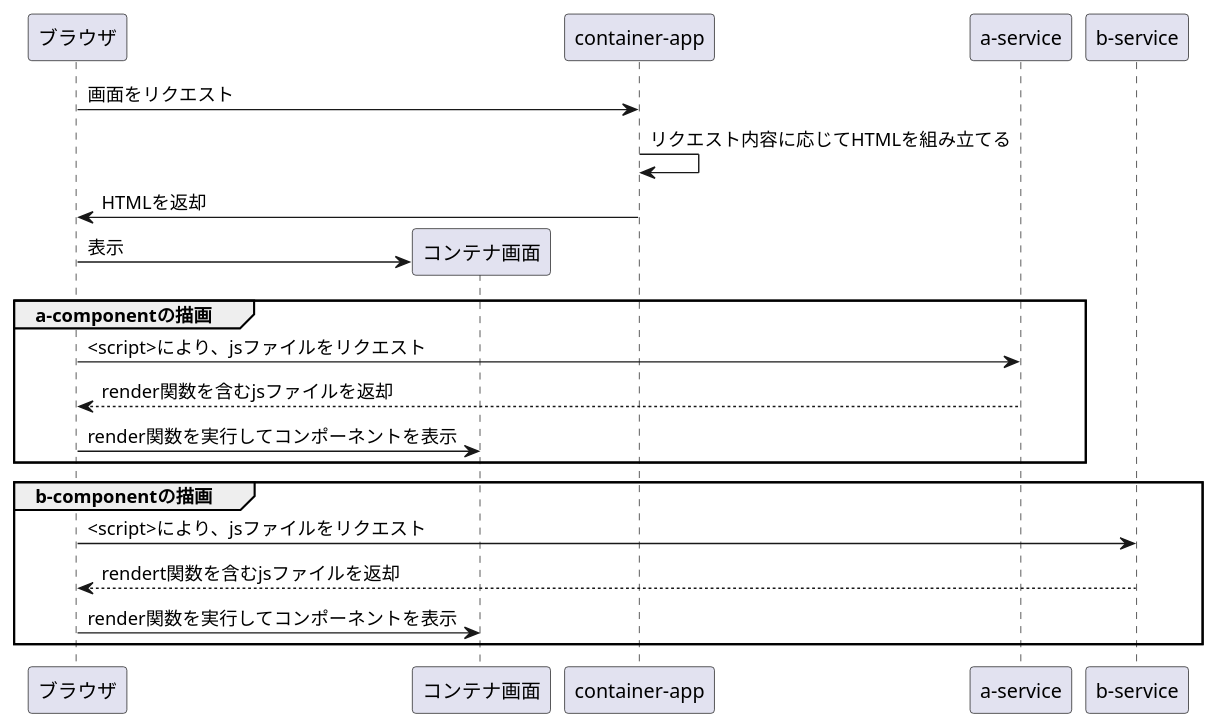
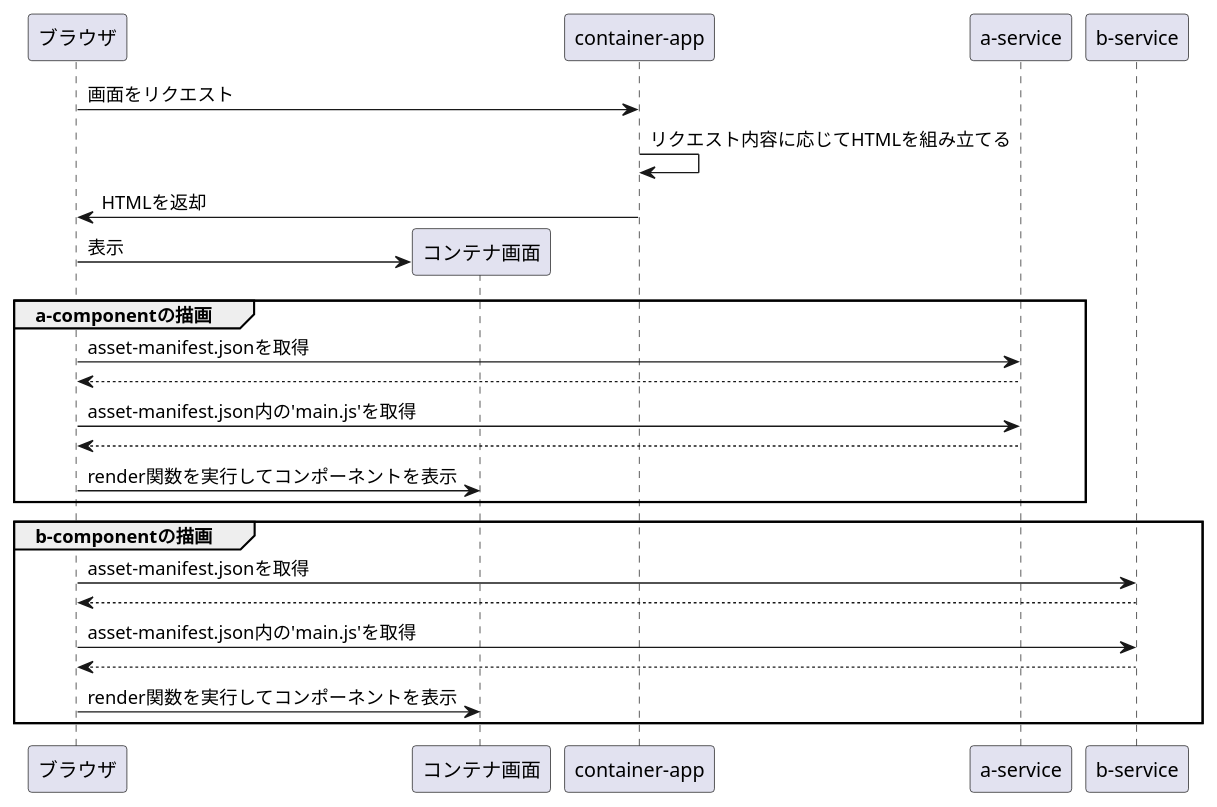
The second of 2 diagrams in images.puml (tmiyajima-sunarch/microfrontend), drawn with PlantUML before and after one commit. The commit also changed other lines of this file and 7 other files, not shown here.

```diff
--- a/images.puml
+++ b/images.puml
@@ -26,25 +26,29 @@
 @startuml シーケンス図
 participant ブラウザ as browser
 participant コンテナ画面 as containerPage
 participant "container-app" as containerApp
 participant "a-service" as aService
 participant "b-service" as bService
 
 browser -> containerApp : 画面をリクエスト
 containerApp -> containerApp : リクエスト内容に応じてHTMLを組み立てる
 containerApp -> browser : HTMLを返却
 create containerPage
 browser -> containerPage : 表示
 
 group a-componentの描画
-browser -> aService : <script>により、jsファイルをリクエスト
-return render関数を含むjsファイルを返却
+browser -> aService : asset-manifest.jsonを取得
+return
+browser -> aService : asset-manifest.json内の'main.js'を取得
+return
 browser -> containerPage : render関数を実行してコンポーネントを表示
 end
 
 group b-componentの描画
-browser -> bService : <script>により、jsファイルをリクエスト
-return rendert関数を含むjsファイルを返却
+browser -> bService : asset-manifest.jsonを取得
+return
+browser -> bService : asset-manifest.json内の'main.js'を取得
+return
 browser -> containerPage : render関数を実行してコンポーネントを表示
 end
 @enduml
```
